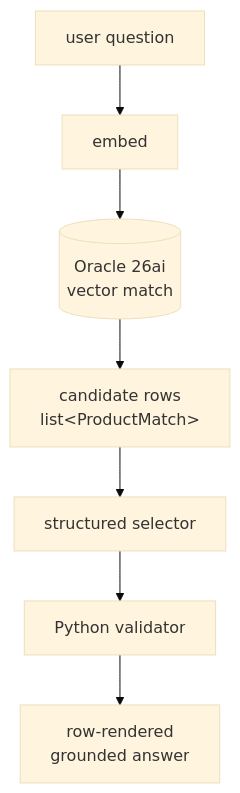
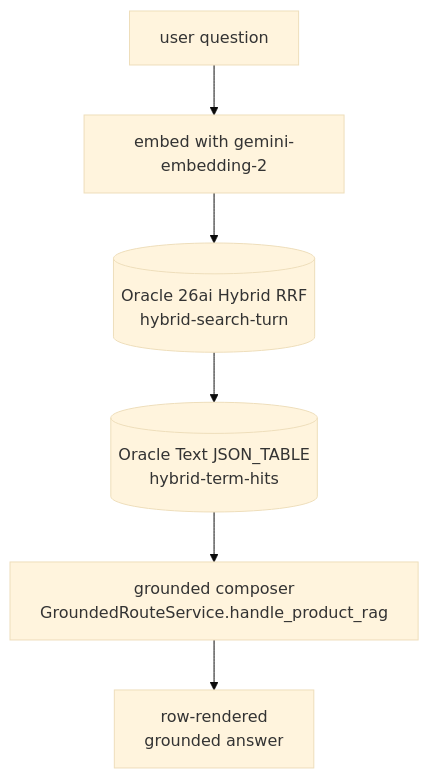
One commit to cofin/oracledb-vertexai-demo changed the diagram in docs/concepts/rag.md. Above: the diagram before and after it, drawn with Mermaid (base theme). The commit also changed other lines of this file and 468 other files, not shown here.

First line of the commit message:
feat(ai): native Gemini 3.8 Flash runtime, Oracle 26ai Hybrid RRF, MCP/A2A, and Oracle Queues (#94)

````diff
--- a/docs/concepts/rag.md
+++ b/docs/concepts/rag.md
@@ -9,9 +11,8 @@
 ```{mermaid}
 flowchart TD
-    Q[user question] --> E[embed]
-    E --> R[(Oracle 26ai<br/>vector match)]
-    R --> G[candidate rows<br/>list&lt;ProductMatch&gt;]
-    G --> S[structured selector]
-    S --> V[Python validator]
-    V --> A[row-rendered<br/>grounded answer]
+    Q[user question] --> E[embed with gemini-embedding-2]
+    E --> R[(Oracle 26ai Hybrid RRF<br/>hybrid-search-turn)]
+    R --> T[(Oracle Text JSON_TABLE<br/>hybrid-term-hits)]
+    T --> G[grounded composer<br/>GroundedRouteService.handle_product_rag]
+    G --> A[row-rendered<br/>grounded answer]
 ```
````
